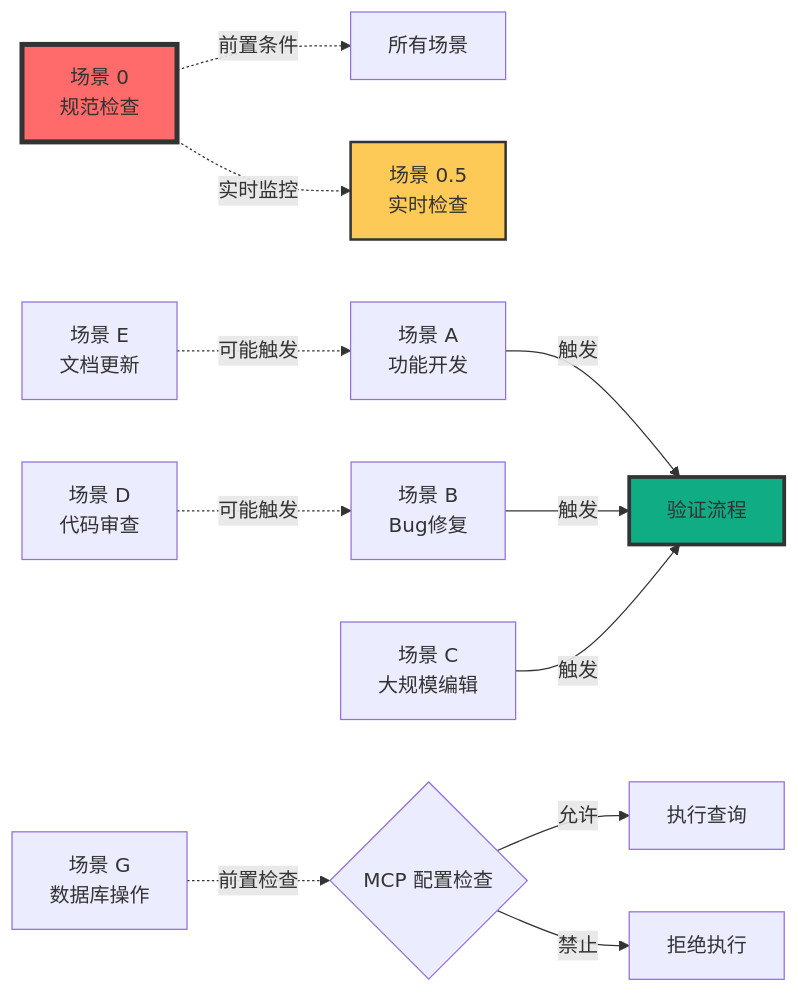
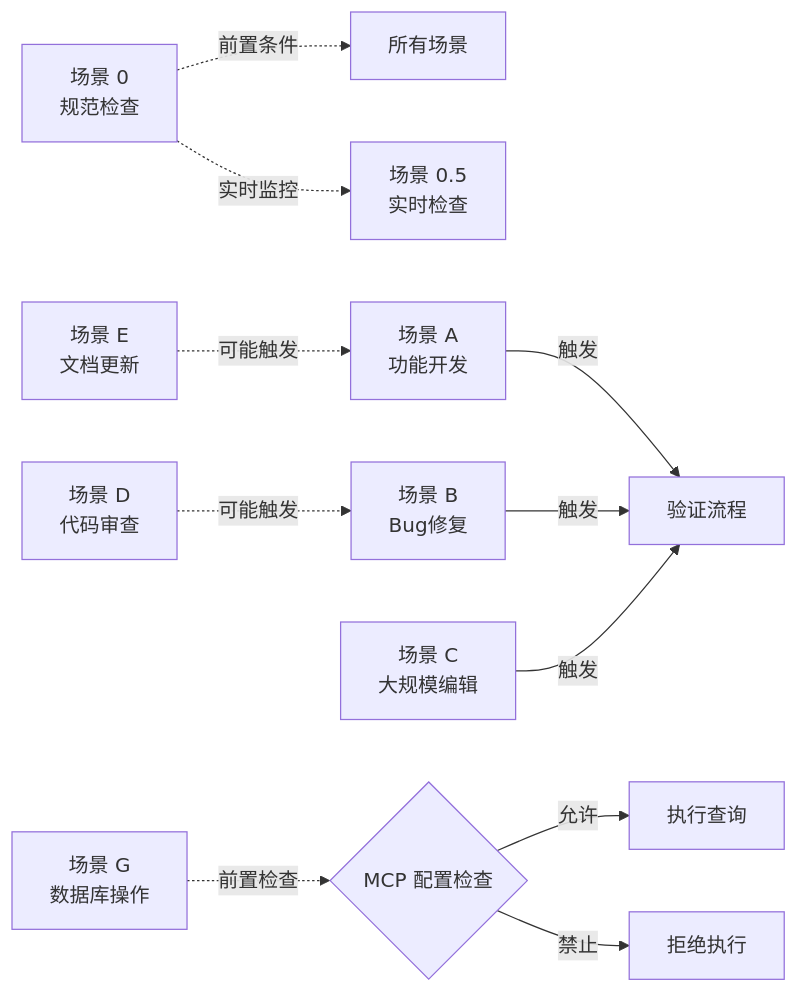
The second of 6 diagrams in assistant/copilot.md (rockyshi1993/guidelines), drawn with Mermaid before and after one commit. The commit also changed other lines of this file, not shown here.

````diff
--- a/assistant/copilot.md
+++ b/assistant/copilot.md
@@ -143,20 +268,16 @@
 ```mermaid
 graph LR
     Scene0[场景 0<br/>规范检查] -.->|前置条件| AllScenes[所有场景]
     Scene0 -.->|实时监控| Scene05[场景 0.5<br/>实时检查]
     
     SceneA[场景 A<br/>功能开发] -->|触发| Verify[验证流程]
     SceneB[场景 B<br/>Bug修复] -->|触发| Verify
     SceneC[场景 C<br/>大规模编辑] -->|触发| Verify
     
     SceneD[场景 D<br/>代码审查] -.->|可能触发| SceneB
     SceneE[场景 E<br/>文档更新] -.->|可能触发| SceneA
     
     SceneG[场景 G<br/>数据库操作] -.->|前置检查| MCPCheck{MCP 配置检查}
     MCPCheck -->|允许| Execute[执行查询]
     MCPCheck -->|禁止| Reject[拒绝执行]
-    
-    style Scene0 fill:#ff6b6b,stroke:#333,stroke-width:4px
-    style Scene05 fill:#feca57,stroke:#333,stroke-width:2px
-    style Verify fill:#10ac84,stroke:#333,stroke-width:3px
 ```
````
